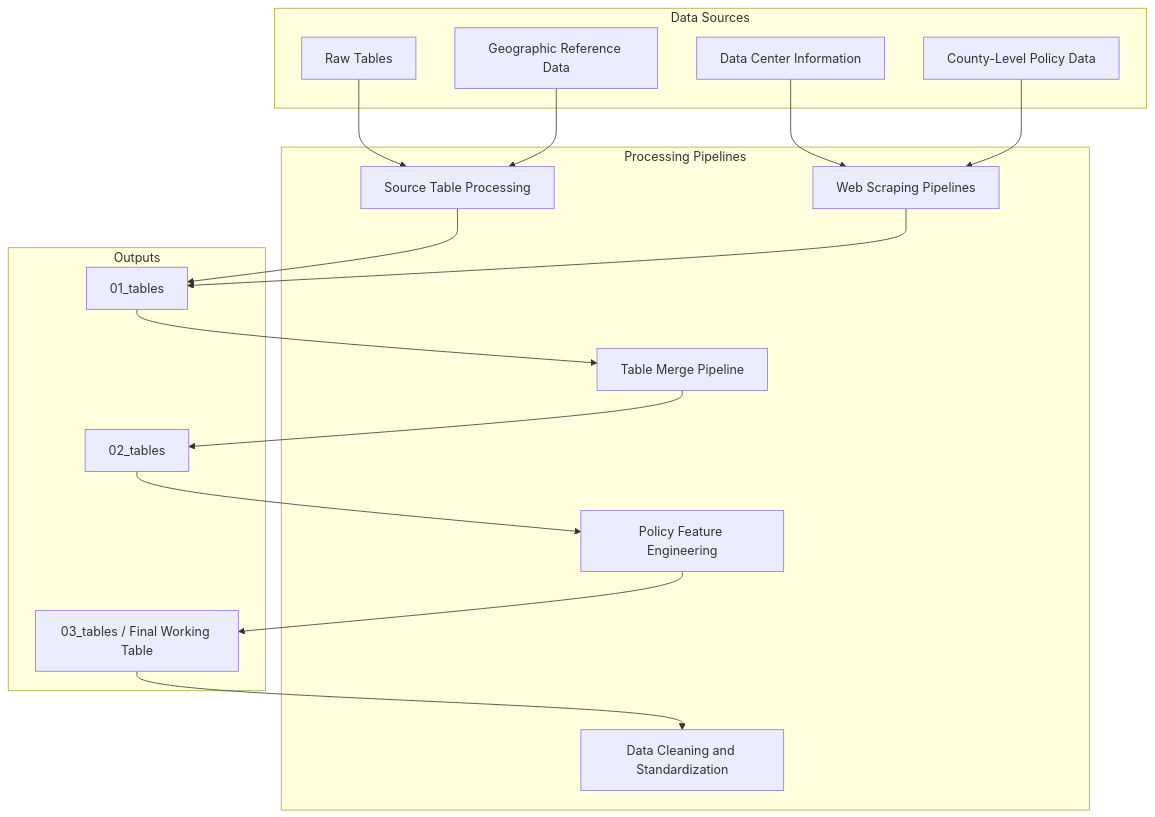
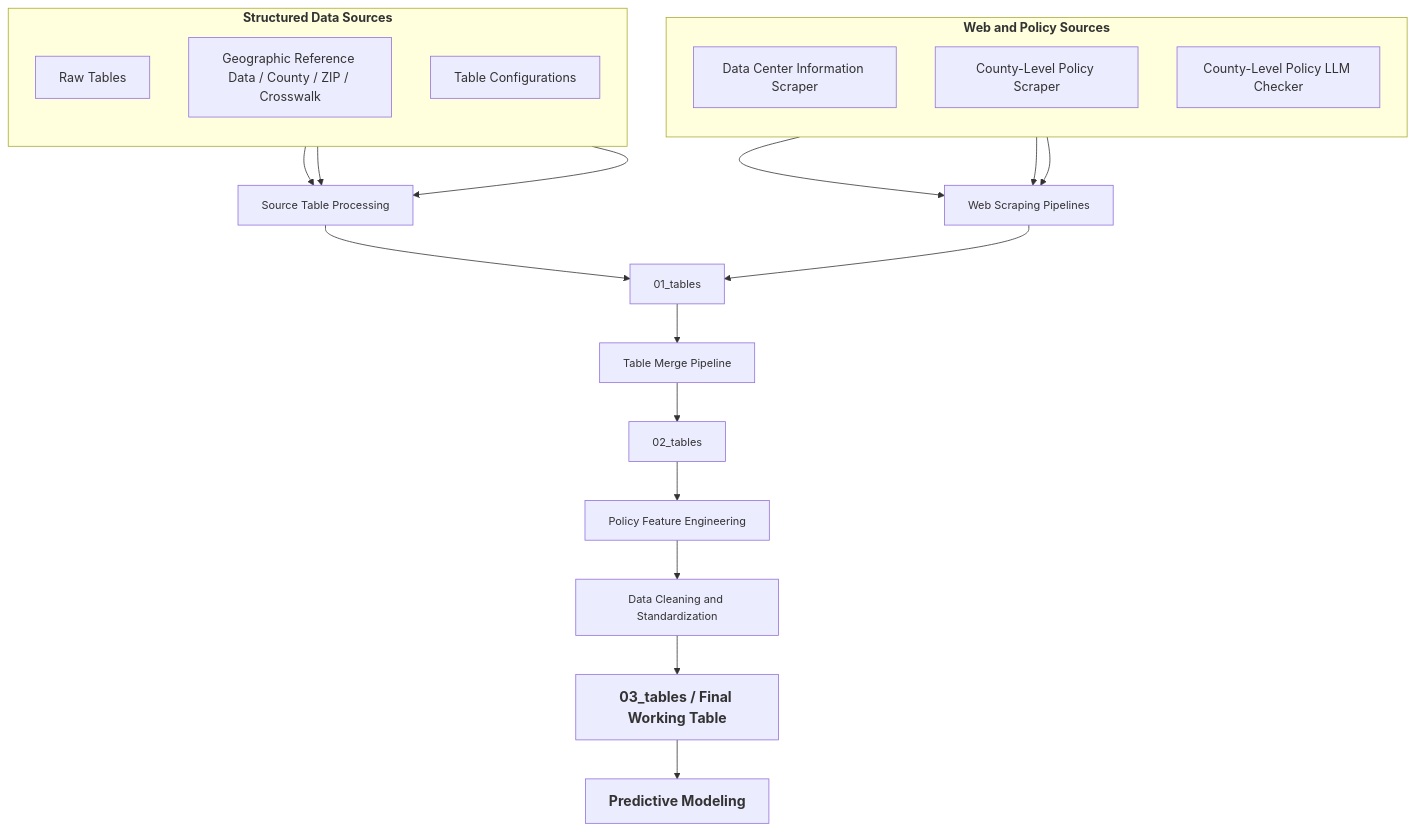
Before and after one commit to RX67-RX67/data-center-siting-analysis: the diagram in README.md, drawn with Mermaid. The commit also changed other lines of this file, not shown here.

Commit message:
update data pipelines illustration

````diff
--- a/README.md
+++ b/README.md
@@ -41,39 +43,62 @@
 ```mermaid
 
 flowchart TD
 
-    subgraph S1[Data Sources]
-        A[Raw Tables]
-        B[Data Center Information]
-        C[County-Level Policy Data]
-        D[Geographic Reference Data]
+    %% ===== Styles =====
+    classDef main font-size:18px,font-weight:bold;
+    classDef group font-size:16px,font-weight:bold;
+    classDef output font-size:18px,font-weight:bold;
+    classDef normal font-size:14px;
+
+    %% ===== Left sources =====
+    subgraph S1[Structured Data Sources]
+        direction TB
+        A1[Raw Tables]
+        A2[Geographic Reference Data / County / ZIP / Crosswalk]
+        A3[Table Configurations]
     end
 
-    subgraph S2[Processing Pipelines]
-        E[Source Table Processing]
-        F[Web Scraping Pipelines]
-        G[Policy Feature Engineering]
-        H[Table Merge Pipeline]
-        I[Data Cleaning and Standardization]
+    %% ===== Right sources =====
+    subgraph S2[Web and Policy Sources]
+        direction TB
+        B1[Data Center Information Scraper]
+        B2[County-Level Policy Scraper]
+        B3[County-Level Policy LLM Checker]
     end
 
-    subgraph S3[Outputs]
-        J[01_tables]
-        K[02_tables]
-        L[03_tables / Final Working Table]
-    end
+    %% ===== Main pipeline =====
+    C1[Source Table Processing]
+    C2[Web Scraping Pipelines]
+    D1[01_tables]
+    D2[Table Merge Pipeline]
+    D3[02_tables]
+    D4[Policy Feature Engineering]
+    D5[Data Cleaning and Standardization]
+    E1[03_tables / Final Working Table]
+    E2[Predictive Modeling]
 
-    A --> E
-    D --> E
-    B --> F
-    C --> F
+    %% ===== Connections =====
+    A1 --> C1
+    A2 --> C1
+    A3 --> C1
 
-    E --> J
-    F --> J
-    J --> H
-    H --> K
-    K --> G
-    G --> L
-    L --> I
+    B1 --> C2
+    B2 --> C2
+    B3 --> C2
+
+    C1 --> D1
+    C2 --> D1
+    D1 --> D2
+    D2 --> D3
+    D3 --> D4
+    D4 --> D5
+    D5 --> E1
+    E1 --> E2
+
+    %% ===== Apply styles =====
+    class S1,S2 group;
+    class C1,C2,D2,D4,D5 normal;
+    class D1,D3 normal;
+    class E1,E2 main;
     
 ```
````
